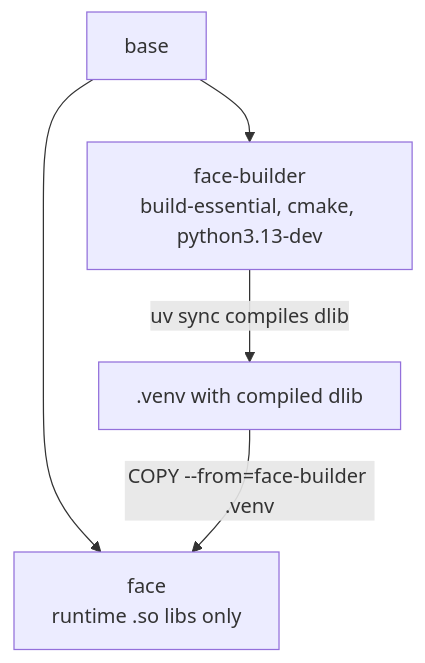
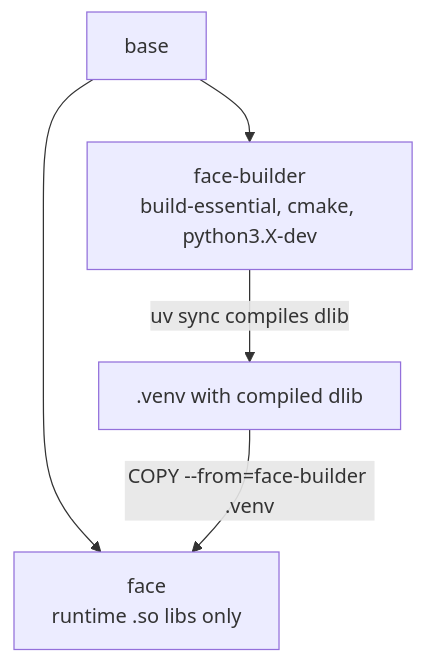
Before and after one commit to wlame/jupyter-docker: the second of 2 diagrams in docs/concepts/architecture.md, drawn with Mermaid. The commit also changed other lines of this file and 45 other files, not shown here.

Commit message:
Build 3.14 by default and 3.13 alongside it, with per-target Python versions in the matrix.

````diff
--- a/docs/concepts/architecture.md
+++ b/docs/concepts/architecture.md
@@ -140,7 +142,7 @@
 ```mermaid
 flowchart TD
-    b[base] --> fb[face-builder<br/>build-essential, cmake, python3.13-dev]
+    b[base] --> fb[face-builder<br/>build-essential, cmake, python3.X-dev]
     fb -->|"uv sync compiles dlib"| venv[".venv with compiled dlib"]
     b --> f[face<br/>runtime .so libs only]
     venv -->|"COPY --from=face-builder .venv"| f
 ```
````
